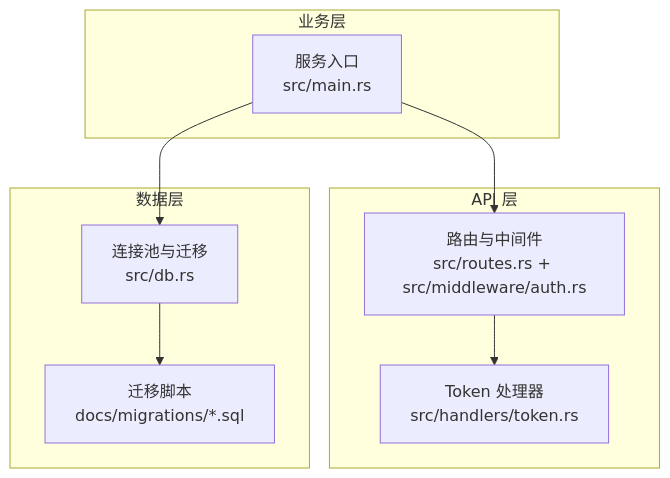
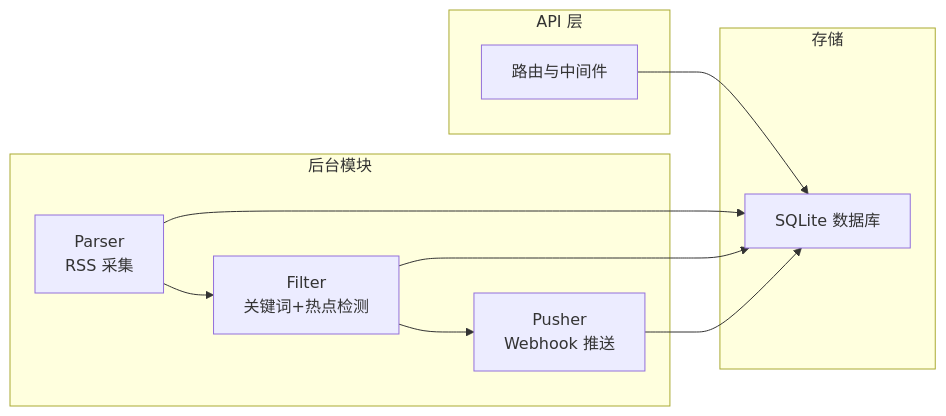
Before and after one commit to leimu-hue/AI-Trend-Tool: the second of 3 diagrams in .qoder/repowiki/zh/content/快速开始.md, drawn with Mermaid. The commit also changed other lines of this file and 162 other files, not shown here.

````diff
--- a/.qoder/repowiki/zh/content/快速开始.md
+++ b/.qoder/repowiki/zh/content/快速开始.md
@@ -84,18 +79,17 @@
 ```mermaid
-graph TB
+graph LR
+subgraph "后台模块"
+P["Parser<br/>RSS 采集"] --> F["Filter<br/>关键词+热点检测"]
+F --> Pu["Pusher<br/>Webhook 推送"]
+end
 subgraph "API 层"
-R["路由与中间件<br/>src/routes.rs + src/middleware/auth.rs"]
-T["Token 处理器<br/>src/handlers/token.rs"]
+R["路由与中间件"]
 end
-subgraph "数据层"
-P["连接池与迁移<br/>src/db.rs"]
-M["迁移脚本<br/>docs/migrations/*.sql"]
+subgraph "存储"
+DB["SQLite 数据库"]
 end
-subgraph "业务层"
-S["服务入口<br/>src/main.rs"]
-end
-S --> R
-R --> T
-S --> P
-P --> M
+R --> DB
+P --> DB
+F --> DB
+Pu --> DB
 ```
````
